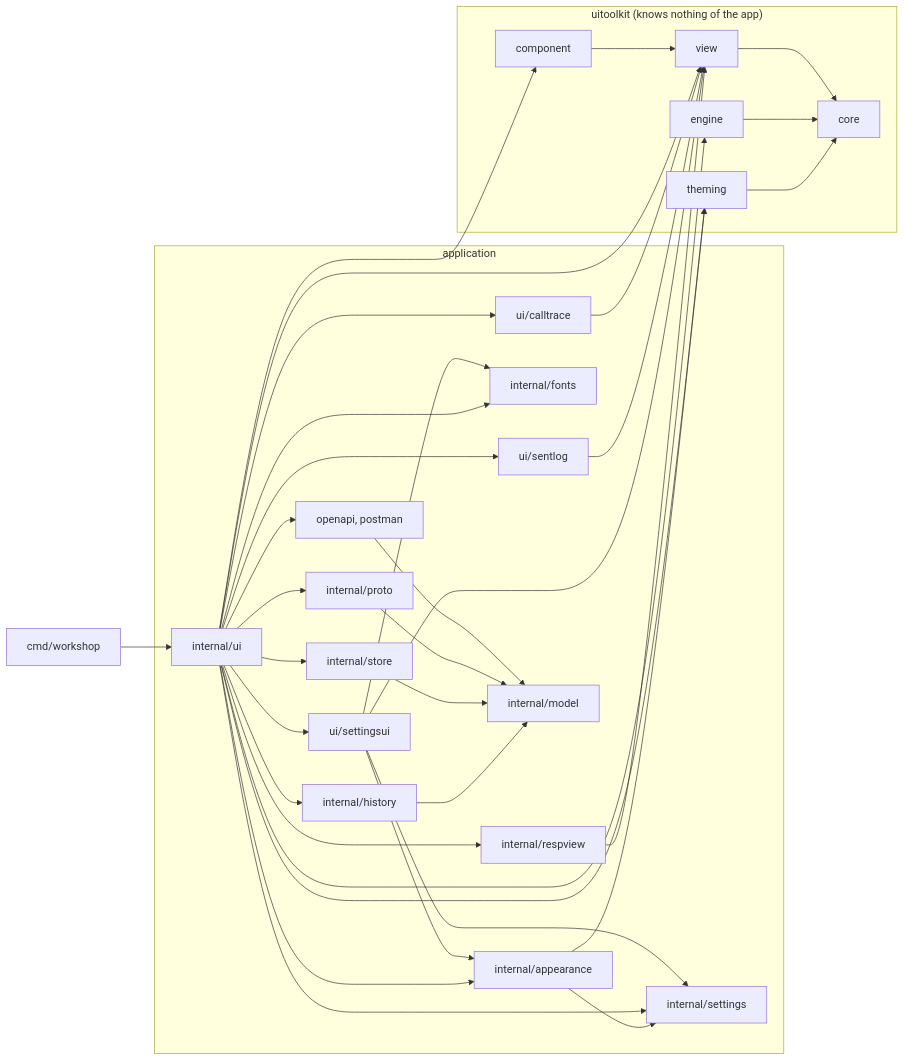
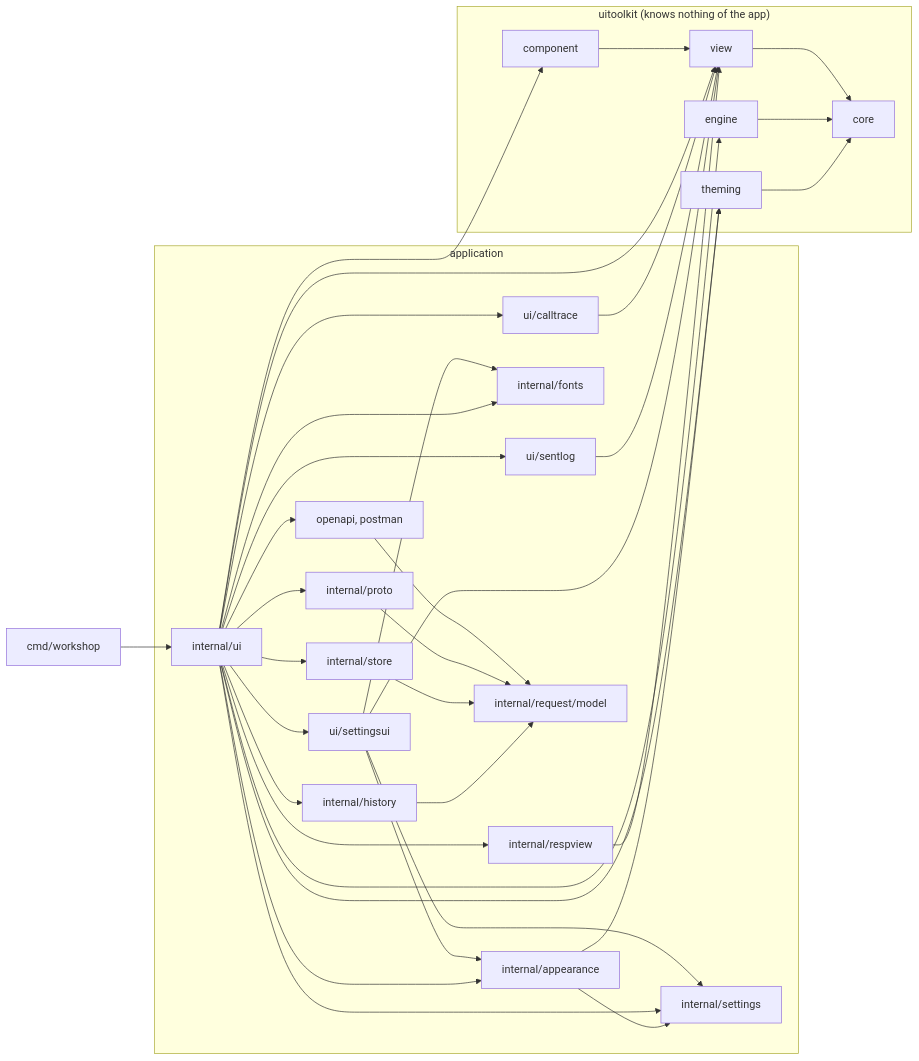
One commit to gascoigne-ai/gascoigne-workshop changed the diagram in .harness/architecture.md. Above: the diagram before and after it, drawn with Mermaid. The commit also changed other lines of this file and 86 other files, not shown here.

First line of the commit message:
refactor(request): model moves to internal/request/model

````diff
--- a/.harness/architecture.md
+++ b/.harness/architecture.md
@@ -5,40 +5,40 @@
 ```mermaid
 flowchart LR
   cmd["cmd/workshop"] --> ui["internal/ui"]
   subgraph app["application"]
     ui --> calltrace["ui/calltrace"]
     ui --> sentlog["ui/sentlog"]
     ui --> settingsui["ui/settingsui"]
     settingsui --> settings
     settingsui --> fonts
     settingsui --> appearance
     ui --> appearance["internal/appearance"]
     ui --> respview["internal/respview"]
     ui --> store["internal/store"]
     ui --> imports["openapi, postman"]
     ui --> fonts["internal/fonts"]
     ui --> history["internal/history"]
     ui --> settings["internal/settings"]
     ui --> proto["internal/proto"]
-    imports --> model["internal/model"]
+    imports --> model["internal/request/model"]
     proto --> model
     store --> model
     history --> model
   end
   subgraph toolkit["uitoolkit (knows nothing of the app)"]
     component["component"] --> view["view"]
     view --> core["core"]
     engine["engine"] --> core
     theming["theming"] --> core
   end
   ui --> component
   ui --> view
   ui --> engine
   ui --> theming
   calltrace --> view
   sentlog --> view
   settingsui --> view
   appearance --> theming
   appearance --> settings
   respview --> view
 ```
````
